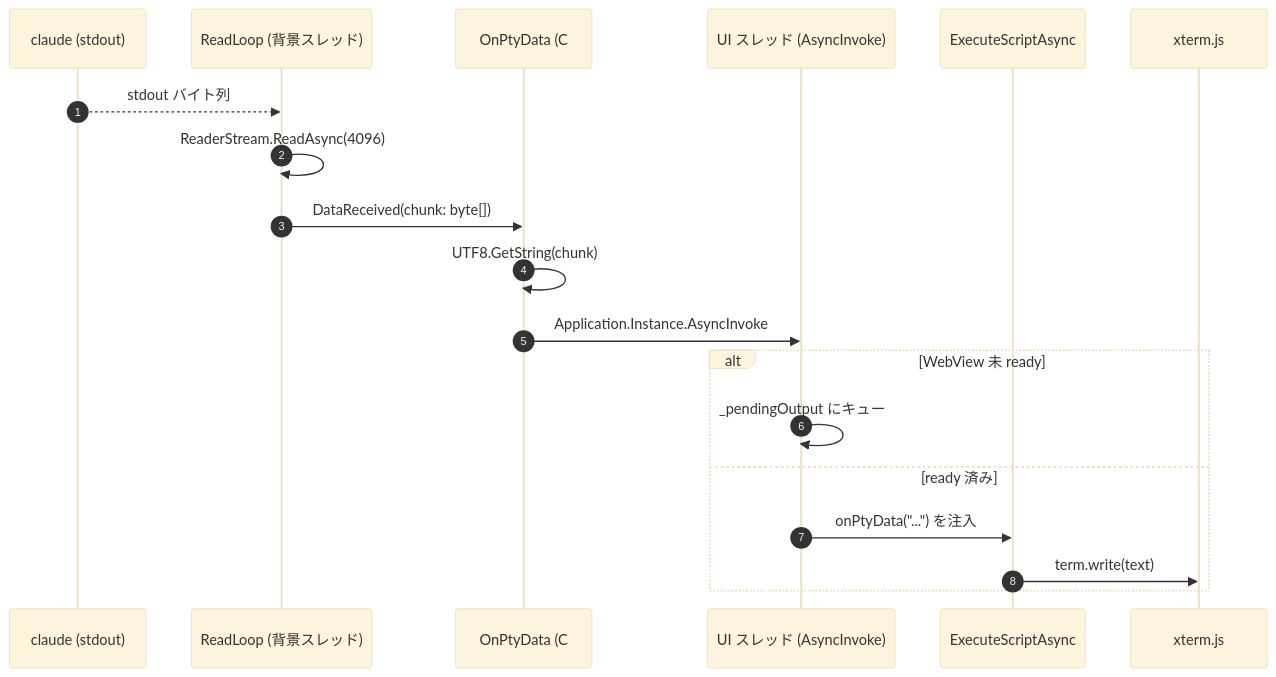
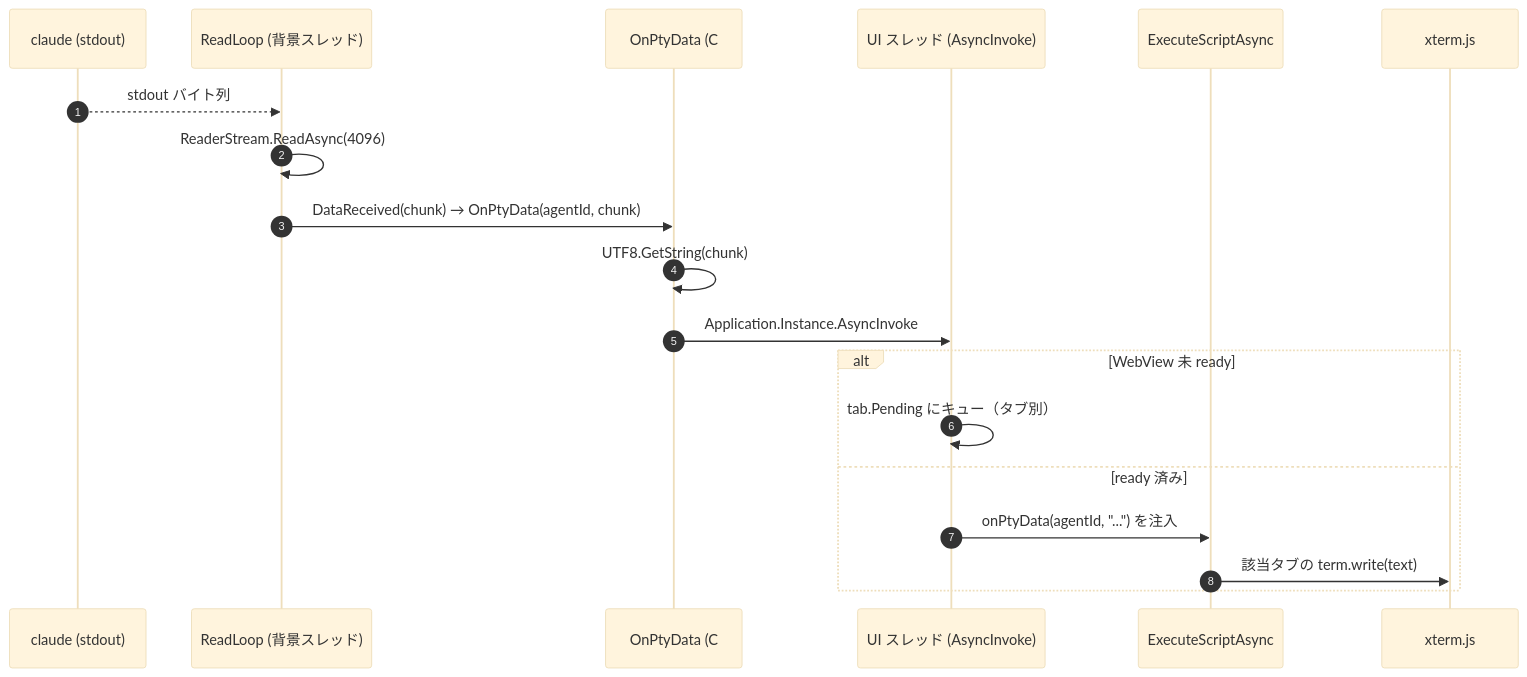
Before and after one commit to 4kk11/CoRhino: the second of 2 diagrams in docs/details/io-flow-xterm-pty.md, drawn with Mermaid (base theme). The commit also changed other lines of this file and 8 other files, not shown here.

````diff
--- a/docs/details/io-flow-xterm-pty.md
+++ b/docs/details/io-flow-xterm-pty.md
@@ -78,22 +87,22 @@
 ```mermaid
 sequenceDiagram
     autonumber
     participant CL as claude (stdout)
     participant RL as ReadLoop (背景スレッド)
     participant OP as OnPtyData (C#)
     participant UIth as UI スレッド (AsyncInvoke)
     participant WV as ExecuteScriptAsync
     participant X as xterm.js
 
     CL-->>RL: stdout バイト列
     RL->>RL: ReaderStream.ReadAsync(4096)
-    RL->>OP: DataReceived(chunk: byte[])
+    RL->>OP: DataReceived(chunk) → OnPtyData(agentId, chunk)
     OP->>OP: UTF8.GetString(chunk)
     OP->>UIth: Application.Instance.AsyncInvoke
     alt WebView 未 ready
-        UIth->>UIth: _pendingOutput にキュー
+        UIth->>UIth: tab.Pending にキュー（タブ別）
     else ready 済み
-        UIth->>WV: onPtyData("...") を注入
-        WV->>X: term.write(text)
+        UIth->>WV: onPtyData(agentId, "...") を注入
+        WV->>X: 該当タブの term.write(text)
     end
 ```
````
